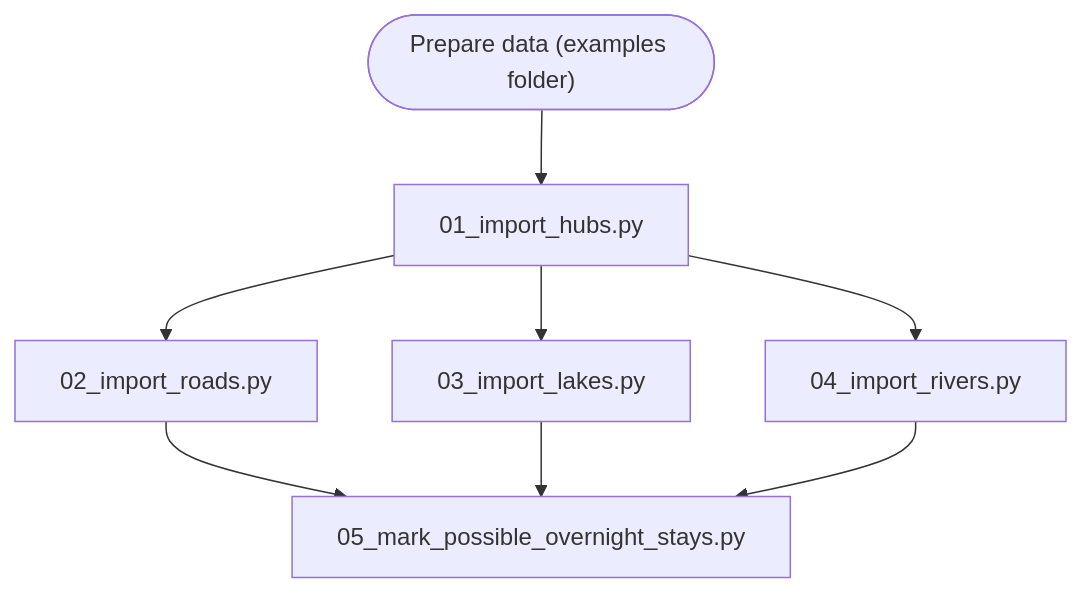
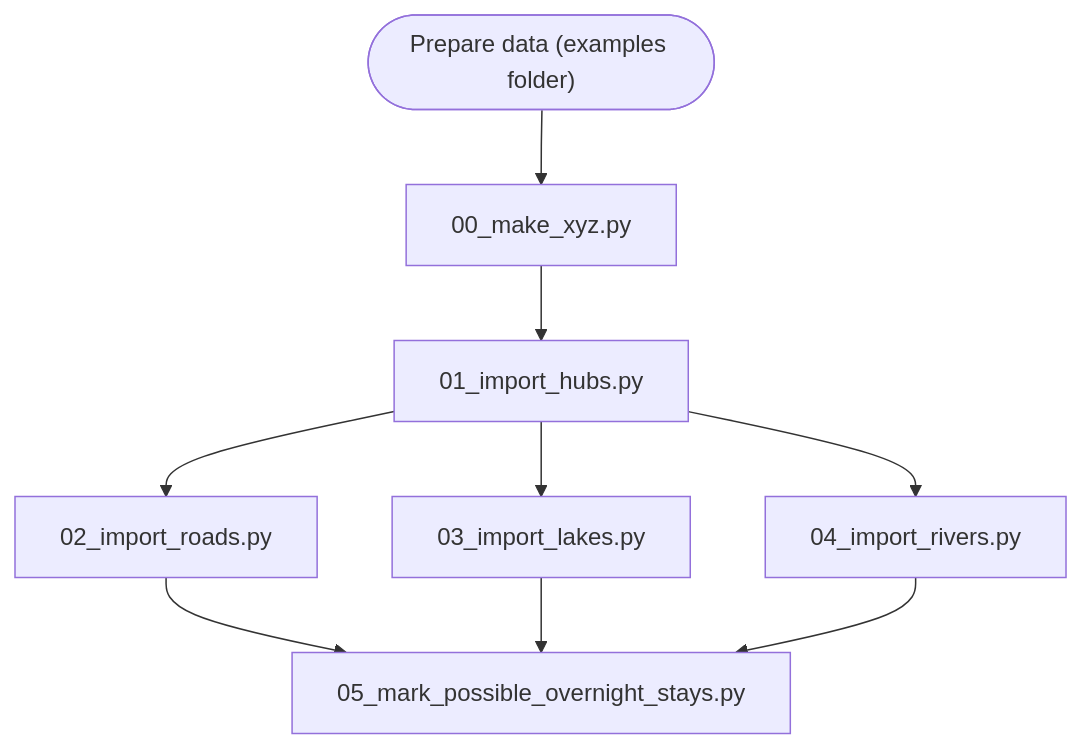
Before and after one commit to Simulation-of-Traffic-and-Transport/SiTT: the diagram in precalculation/README.md, drawn with Mermaid. The commit also changed other lines of this file and 1 other file, not shown here.

Commit message:
Run xyz maker before rest.

````diff
--- a/precalculation/README.md
+++ b/precalculation/README.md
@@ -18,13 +18,14 @@
 ```mermaid
 flowchart TD
     prepare(["Prepare data (examples folder)"])
+    make_xyz[00_make_xyz.py]
     import[01_import_hubs.py]
     roads[02_import_roads.py]
     lakes[03_import_lakes.py]
     rivers[04_import_rivers.py]
     overnight[05_mark_possible_overnight_stays.py]
     
-    prepare --> import --> roads --> overnight
+    prepare --> make_xyz --> import --> roads --> overnight
     import --> lakes --> overnight
     import --> rivers --> overnight
 ```
````
